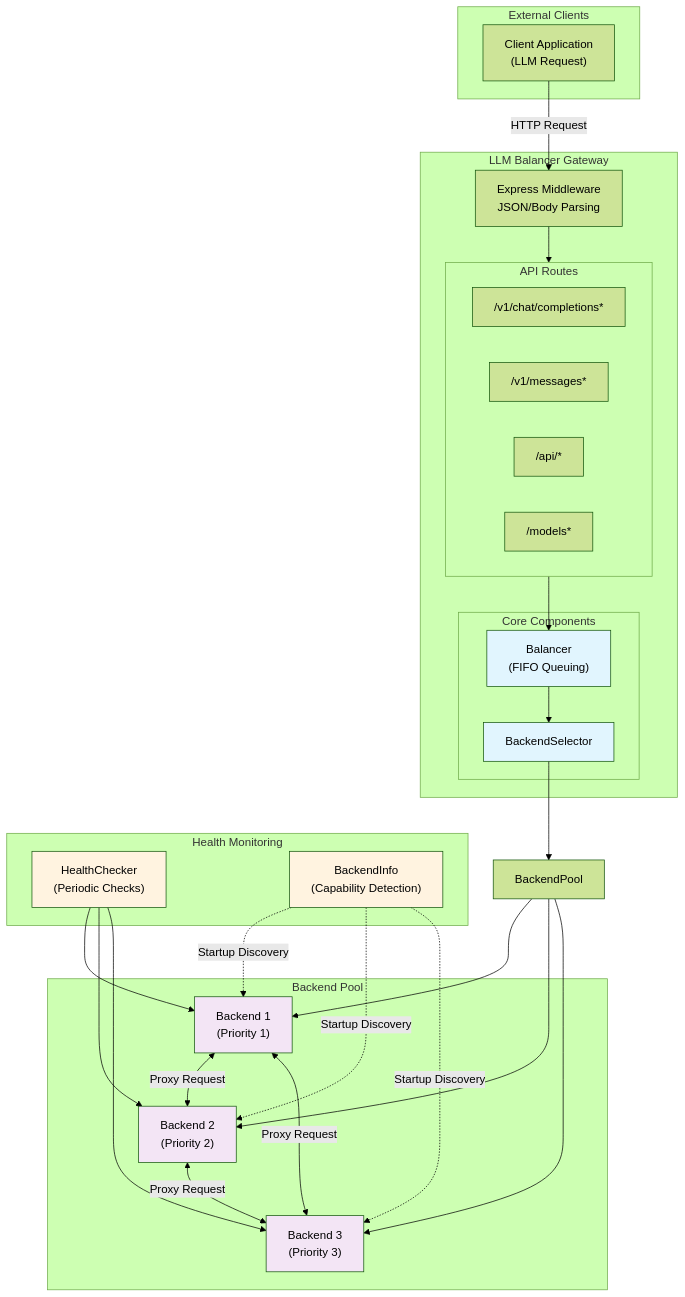
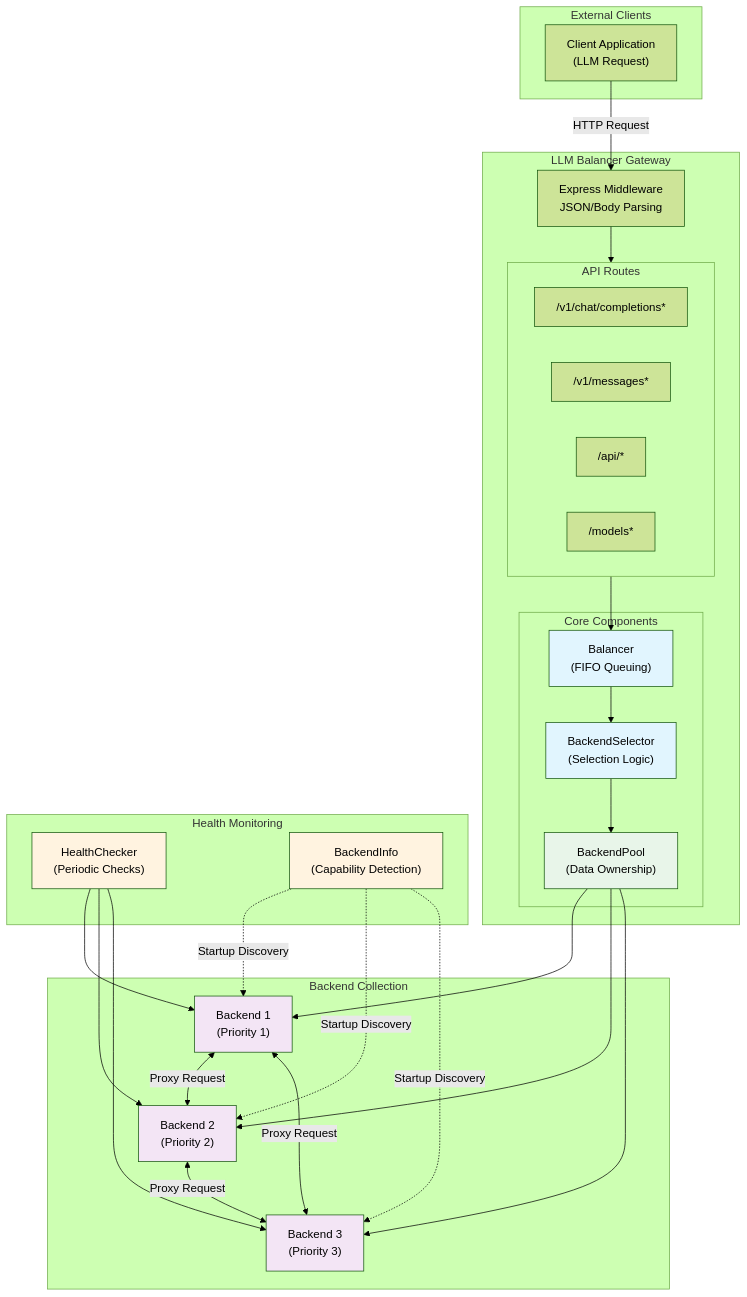
The first of 10 diagrams in docs/developer/DATA_FLOW.md (Schafer-List-Systems/llm_balancer), drawn with Mermaid (forest theme) before and after one commit. The commit also changed other lines of this file and 2 other files, not shown here.

````diff
--- a/docs/developer/DATA_FLOW.md
+++ b/docs/developer/DATA_FLOW.md
@@ -21,62 +21,64 @@
 ```mermaid
 flowchart TB
     subgraph ExternalClients["External Clients"]
         Client["Client Application<br/>(LLM Request)"]
     end
 
     subgraph LB["LLM Balancer Gateway"]
         Express["Express Middleware<br/>JSON/Body Parsing"]
 
         subgraph Routes["API Routes"]
             Chat["/v1/chat/completions*"]
             Messages["/v1/messages*"]
             Ollama["/api/*"]
             Models["/models*"]
         end
 
         subgraph Core["Core Components"]
             Balancer["Balancer<br/>(FIFO Queuing)"]
-            BackendSelector["BackendSelector"]
+            BackendSelector["BackendSelector<br/>(Selection Logic)"]
+            BackendPool["BackendPool<br/>(Data Ownership)"]
         end
     end
 
-    subgraph Backends["Backend Pool"]
+    subgraph Backends["Backend Collection"]
         Backend1["Backend 1<br/>(Priority 1)"]
         Backend2["Backend 2<br/>(Priority 2)"]
         Backend3["Backend 3<br/>(Priority 3)"]
     end
 
     subgraph Health["Health Monitoring"]
         HealthChecker["HealthChecker<br/>(Periodic Checks)"]
         BackendInfo["BackendInfo<br/>(Capability Detection)"]
     end
 
     Client -->|HTTP Request| Express
     Express --> Routes
     Routes --> Balancer
     Balancer --> BackendSelector
     BackendSelector --> BackendPool
     BackendPool --> Backend1
     BackendPool --> Backend2
     BackendPool --> Backend3
 
     Backend1 <-->|Proxy Request| Backend2
     Backend2 <-->|Proxy Request| Backend3
     Backend3 <-->|Proxy Request| Backend1
 
     HealthChecker --> Backend1
     HealthChecker --> Backend2
     HealthChecker --> Backend3
 
     BackendInfo -.->|Startup Discovery| Backend1
     BackendInfo -.->|Startup Discovery| Backend2
     BackendInfo -.->|Startup Discovery| Backend3
 
     style Balancer fill:#e1f5fe
     style BackendSelector fill:#e1f5fe
+    style BackendPool fill:#e8f5e9
     style HealthChecker fill:#fff3e0
     style BackendInfo fill:#fff3e0
     style Backend1 fill:#f3e5f5
     style Backend2 fill:#f3e5f5
     style Backend3 fill:#f3e5f5
 ```
````
